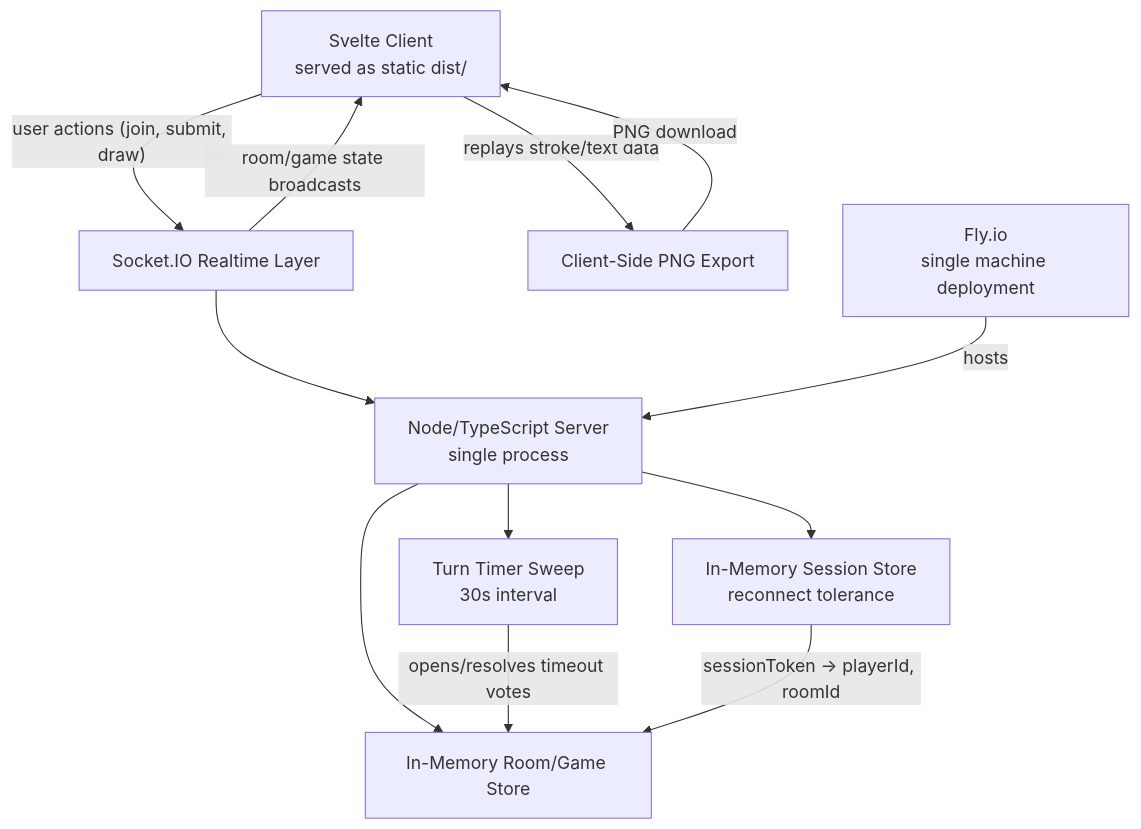
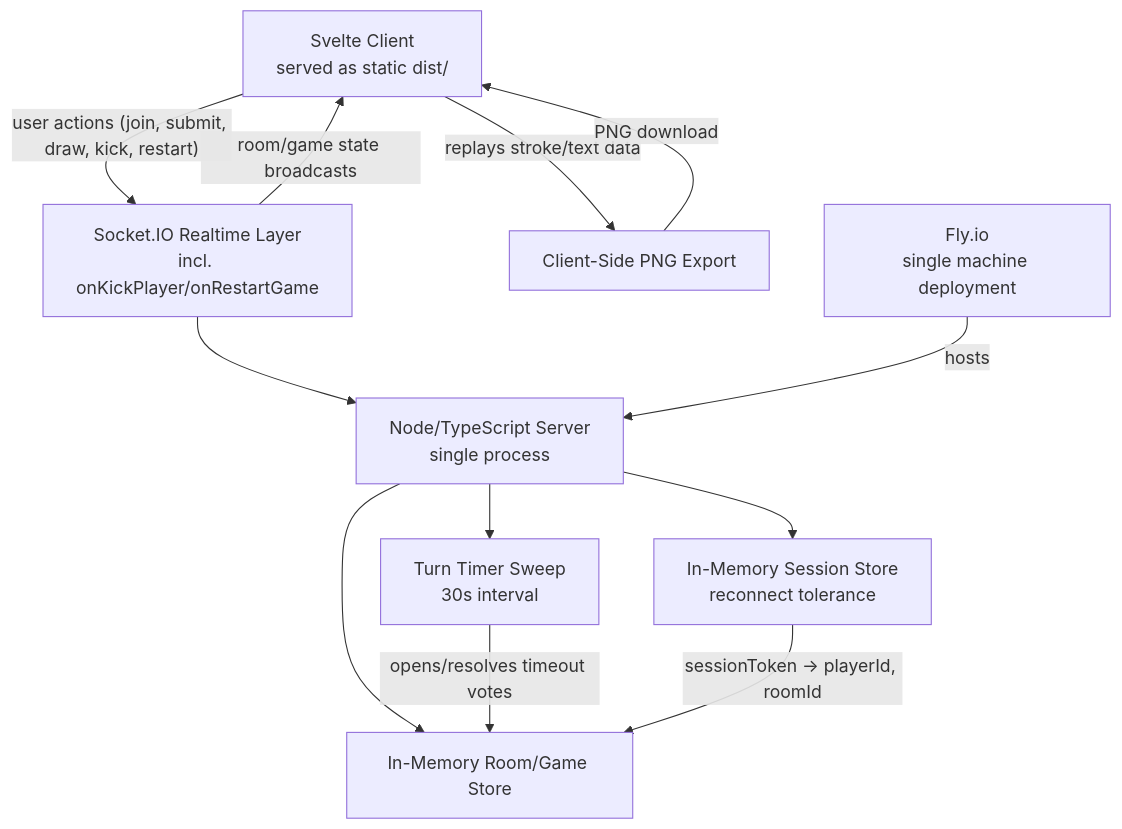
Before and after one commit to moui72/exquisite-telephone: the second of 3 diagrams in README.md, drawn with Mermaid. The commit also changed other lines of this file and 25 other files, not shown here.

First line of the commit message:
Regenerate diagrams; commit ArDD v0.10.1 skill files

````diff
--- a/README.md
+++ b/README.md
@@ -55,23 +57,23 @@
 ```mermaid
 graph TD
     Client[Svelte Client<br/>served as static dist/]
     Server[Node/TypeScript Server<br/>single process]
-    SocketIO[Socket.IO Realtime Layer]
+    SocketIO[Socket.IO Realtime Layer<br/>incl. onKickPlayer/onRestartGame]
     RoomStore[In-Memory Room/Game Store]
     SessionStore[In-Memory Session Store<br/>reconnect tolerance]
     TimerSweep[Turn Timer Sweep<br/>30s interval]
     ExportPipeline[Client-Side PNG Export]
     Fly[Fly.io<br/>single machine deployment]
 
-    Client -- "user actions (join, submit, draw)" --> SocketIO
+    Client -- "user actions (join, submit, draw, kick, restart)" --> SocketIO
     SocketIO -- "room/game state broadcasts" --> Client
     SocketIO --> Server
     Server --> RoomStore
     Server --> SessionStore
     Server --> TimerSweep
     TimerSweep -- "opens/resolves timeout votes" --> RoomStore
     SessionStore -- "sessionToken -> playerId, roomId" --> RoomStore
     Client -- "replays stroke/text data" --> ExportPipeline
     ExportPipeline -- "PNG download" --> Client
     Fly -- "hosts" --> Server
 ```
````
